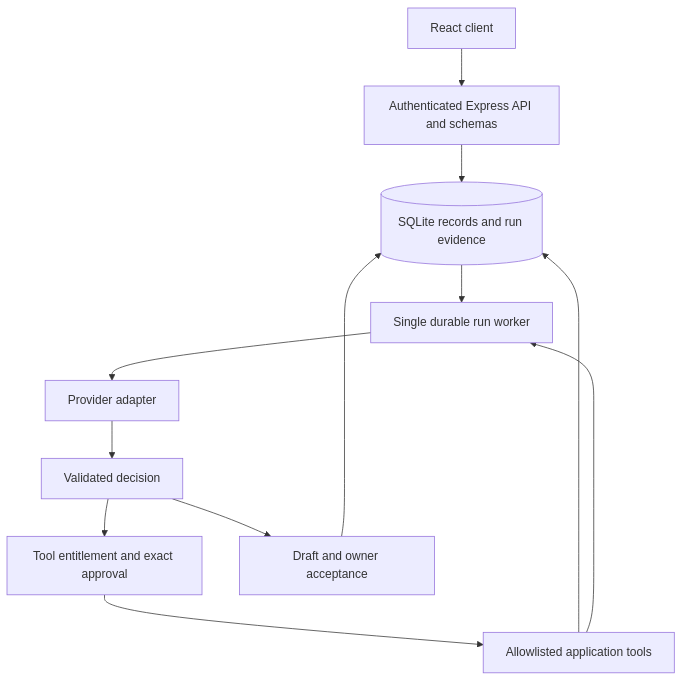
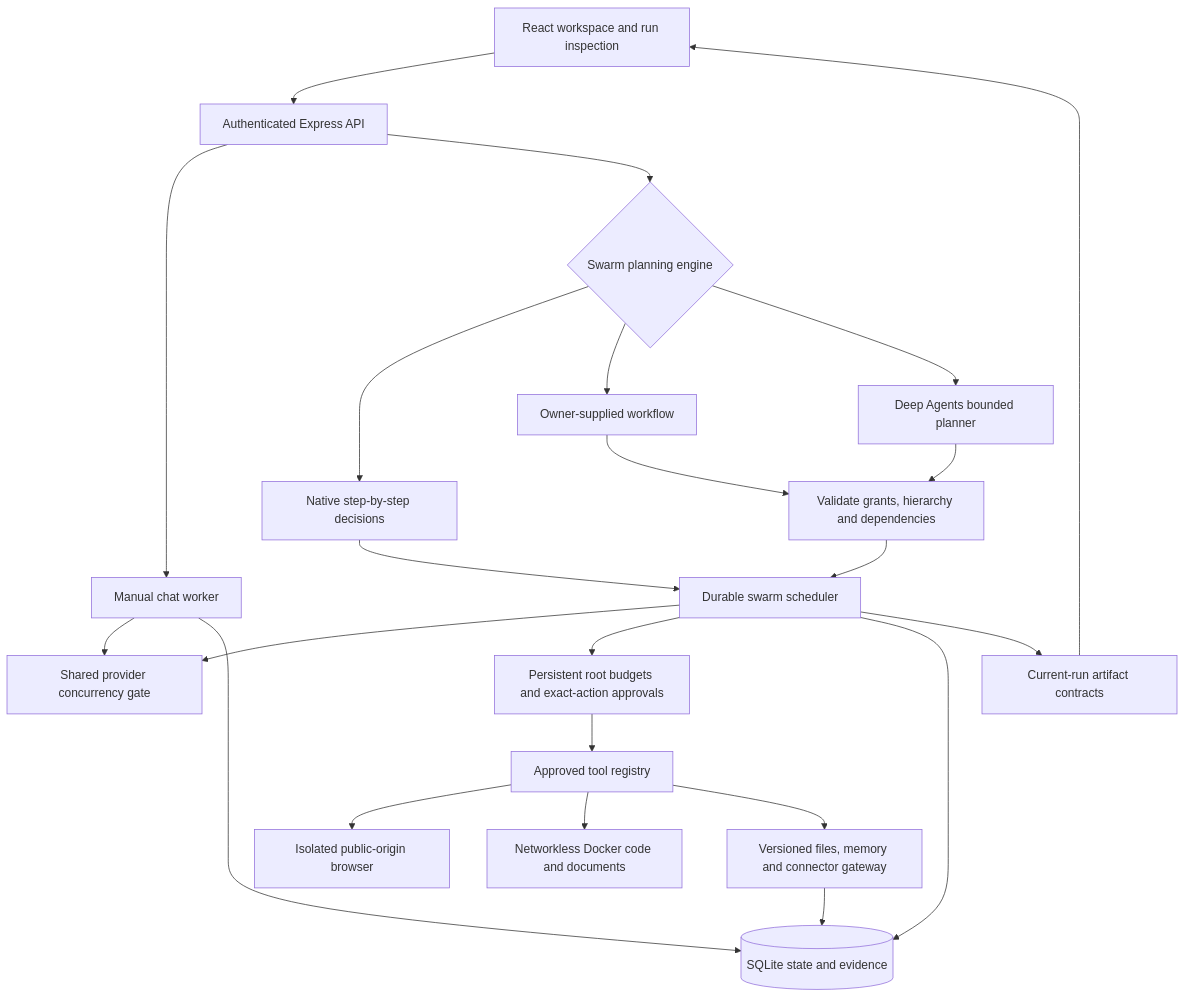
Before and after one commit to theochan/Virtual-Agents-Company: the diagram in README.md, drawn with Mermaid. The commit also changed other lines of this file and 58 other files, not shown here.

First line of the commit message:
Add bounded AI swarms, persistent workspace and Deep Agents planning

````diff
--- a/README.md
+++ b/README.md
@@ -108,14 +165,25 @@
 ```mermaid
 flowchart TD
-    UI[React client] --> API[Authenticated Express API and schemas]
-    API --> DB[(SQLite records and run evidence)]
-    DB --> Worker[Single durable run worker]
-    Worker --> Provider[Provider adapter]
-    Provider --> Decision[Validated decision]
-    Decision --> Policy[Tool entitlement and exact approval]
-    Policy --> Tools[Allowlisted application tools]
-    Tools --> DB
-    Tools --> Worker
-    Decision --> Review[Draft and owner acceptance]
-    Review --> DB
+    UI[React workspace and run inspection] --> API[Authenticated Express API]
+    API --> Chat[Manual chat worker]
+    API --> Mode{Swarm planning engine}
+    Mode --> Native[Native step-by-step decisions]
+    Mode --> Fixed[Owner-supplied workflow]
+    Mode --> Harness[Deep Agents bounded planner]
+    Harness --> Validate[Validate grants, hierarchy and dependencies]
+    Fixed --> Validate
+    Validate --> Swarm[Durable swarm scheduler]
+    Native --> Swarm
+    Chat --> Model[Shared provider concurrency gate]
+    Swarm --> Model
+    Swarm --> Policy[Persistent root budgets and exact-action approvals]
+    Policy --> Registry[Approved tool registry]
+    Registry --> Browser[Isolated public-origin browser]
+    Registry --> Sandbox[Networkless Docker code and documents]
+    Registry --> Workspace[Versioned files, memory and connector gateway]
+    Chat --> DB[(SQLite state and evidence)]
+    Swarm --> DB
+    Workspace --> DB
+    Swarm --> Verify[Current-run artifact contracts]
+    Verify --> UI
 ```
````
